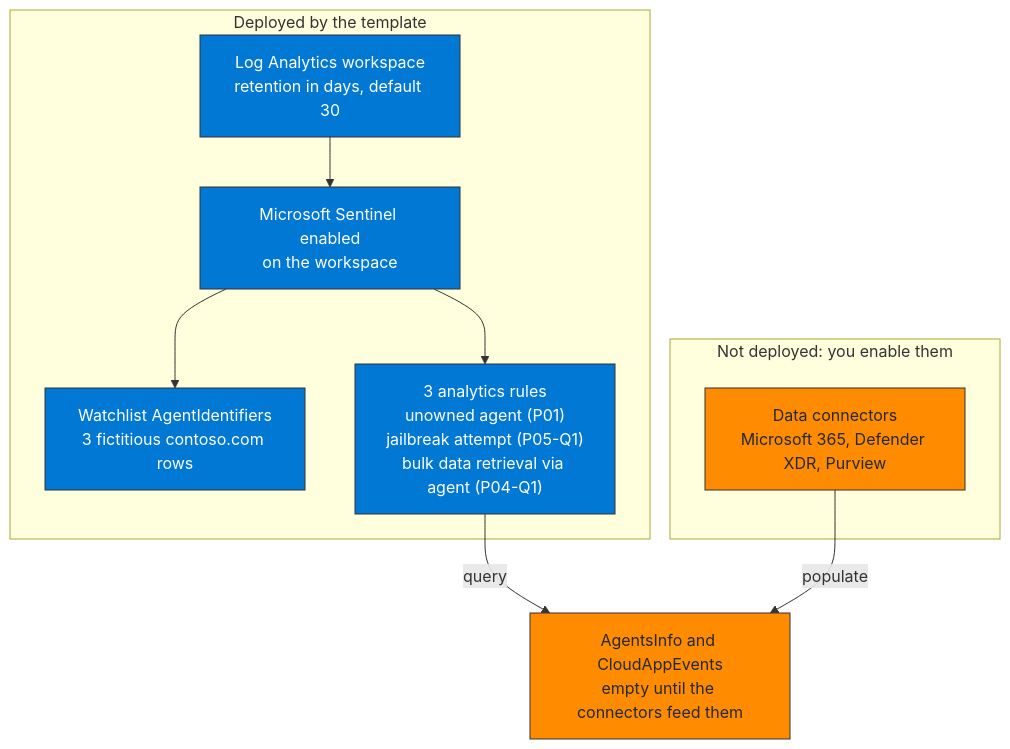
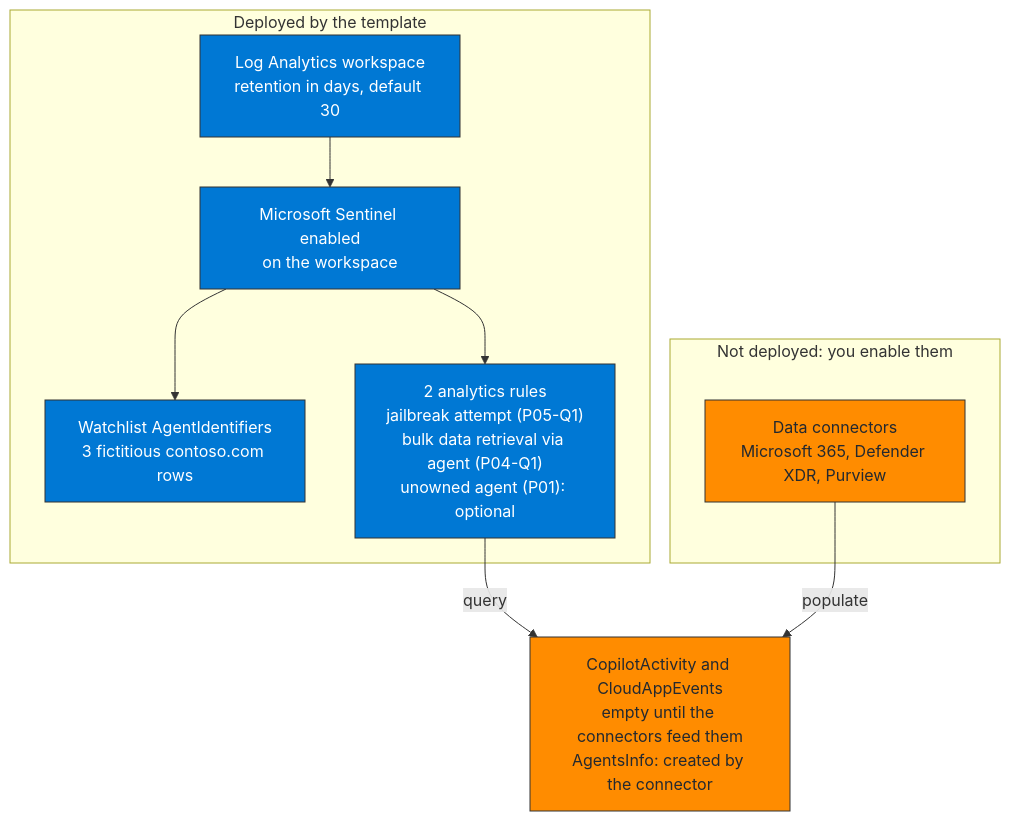
Before and after one commit to jcastanedacano/agent-zero: the diagram in ARM-Templates/README.md, drawn with Mermaid. The commit also changed other lines of this file and 2 other files, not shown here.

````diff
--- a/ARM-Templates/README.md
+++ b/ARM-Templates/README.md
@@ -17,25 +18,25 @@
 ```mermaid
 flowchart TB
     subgraph TPL["Deployed by the template"]
         W["Log Analytics workspace<br/>retention in days, default 30"]
         S["Microsoft Sentinel enabled<br/>on the workspace"]
         L["Watchlist AgentIdentifiers<br/>3 fictitious contoso.com rows"]
-        R["3 analytics rules<br/>unowned agent (P01)<br/>jailbreak attempt (P05-Q1)<br/>bulk data retrieval via agent (P04-Q1)"]
+        R["2 analytics rules<br/>jailbreak attempt (P05-Q1)<br/>bulk data retrieval via agent (P04-Q1)<br/>unowned agent (P01): optional"]
     end
     subgraph EXT["Not deployed: you enable them"]
         C["Data connectors<br/>Microsoft 365, Defender XDR, Purview"]
     end
-    T["AgentsInfo and CloudAppEvents<br/>empty until the connectors feed them"]
+    T["CopilotActivity and CloudAppEvents<br/>empty until the connectors feed them<br/>AgentsInfo: created by the connector"]
     W --> S
     S --> L
     S --> R
     R -->|"query"| T
     C -->|"populate"| T
 
     classDef blue fill:#0078D4,stroke:#333,color:#fff
     classDef purple fill:#5E2750,stroke:#333,color:#fff
     classDef green fill:#107C10,stroke:#333,color:#fff
     classDef orange fill:#FF8C00,stroke:#333,color:#24292f
     class W,S,L,R blue
     class C,T orange
 ```
````
